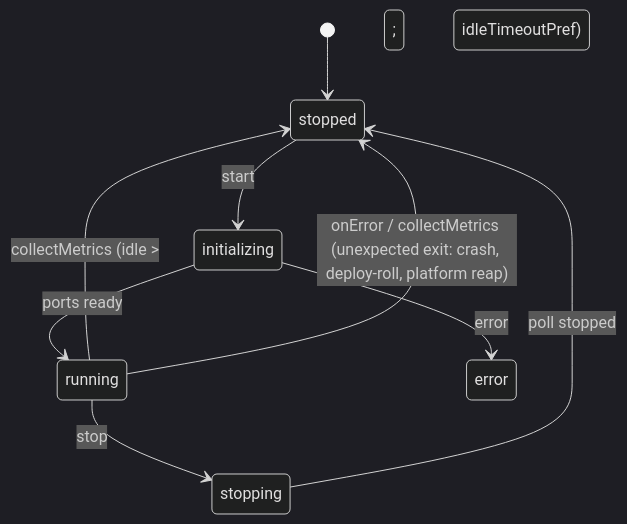
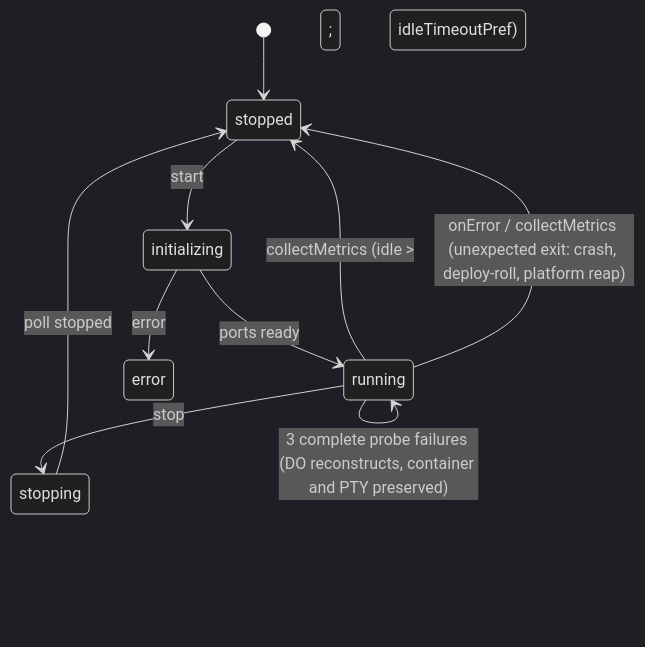
One commit to nikolanovoselec/codeflare changed the fourth of 11 diagrams in documentation/lanes/architecture.md. Above: the diagram before and after it, drawn with Mermaid (dark theme). The commit also changed other lines of this file and 47 other files, not shown here.

````diff
--- a/documentation/lanes/architecture.md
+++ b/documentation/lanes/architecture.md
@@ -430,11 +430,12 @@
 ```mermaid
 stateDiagram-v2
     [*] --> stopped
     stopped --> initializing : start
     initializing --> running : ports ready
     initializing --> error : error
     running --> stopping : stop
     stopping --> stopped : poll stopped
+    running --> running : 3 complete probe failures (DO reconstructs, container and PTY preserved)
     running --> stopped : collectMetrics (idle &gt; idleTimeoutPref)
     running --> stopped : onError / collectMetrics (unexpected exit: crash, deploy-roll, platform reap)
 ```
````
